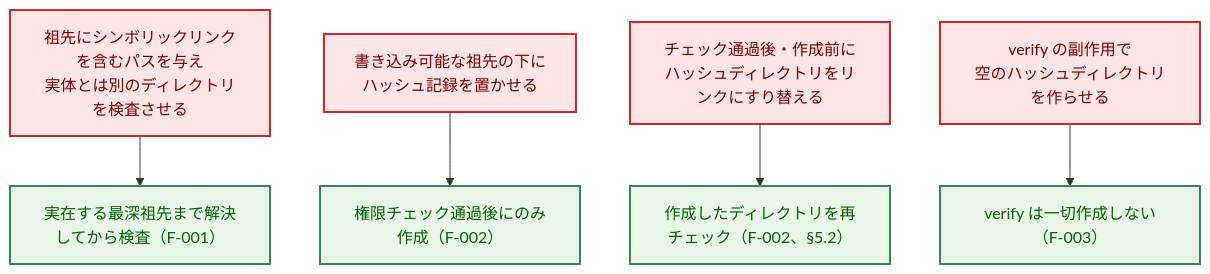
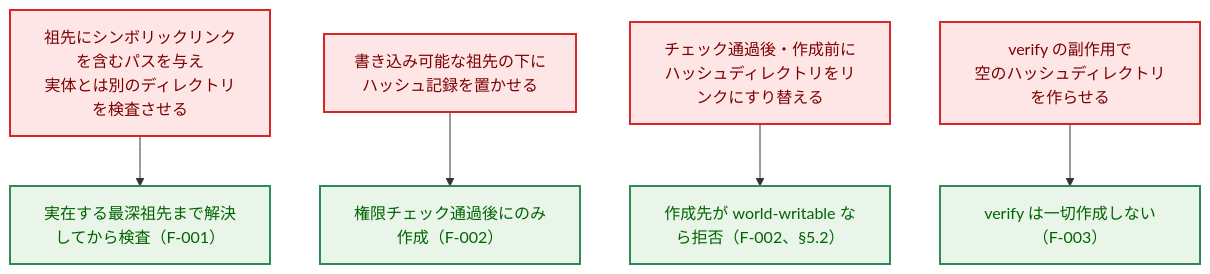
Before and after one commit to isseis/go-safe-cmd-runner: the eighth of 11 diagrams in docs/tasks/0164_entrypoint_residual_low_info/02_architecture.md, drawn with Mermaid. The commit also changed other lines of this file, not shown here.

````diff
--- a/docs/tasks/0164_entrypoint_residual_low_info/02_architecture.md
+++ b/docs/tasks/0164_entrypoint_residual_low_info/02_architecture.md
@@ -526,23 +520,23 @@
 ```mermaid
 flowchart TD
     classDef enhanced fill:#e8f5e8,stroke:#2e8b57,stroke-width:2px,color:#006400;
     classDef problem fill:#ffe6e6,stroke:#d62728,stroke-width:2px,color:#7b0000;
 
     T1["祖先にシンボリックリンクを含むパスを与え<br>実体とは別のディレクトリを検査させる"]
     T2["書き込み可能な祖先の下に<br>ハッシュ記録を置かせる"]
     T3["チェック通過後・作成前に<br>ハッシュディレクトリをリンクにすり替える"]
     T4["verify の副作用で<br>空のハッシュディレクトリを作らせる"]
 
     D1["実在する最深祖先まで解決してから検査（F-001）"]
     D2["権限チェック通過後にのみ作成（F-002）"]
-    D3["作成したディレクトリを再チェック（F-002、§5.2）"]
+    D3["作成先が world-writable なら拒否（F-002、§5.2）"]
     D4["verify は一切作成しない（F-003）"]
 
     T1 --> D1
     T2 --> D2
     T3 --> D3
     T4 --> D4
 
     class T1,T2,T3,T4 problem
     class D1,D2,D3,D4 enhanced
 ```
````
